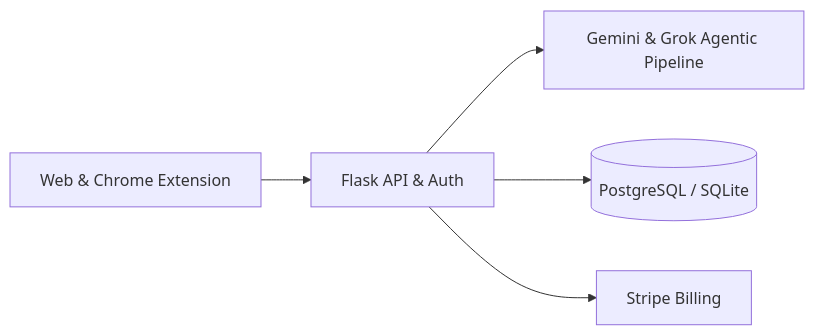
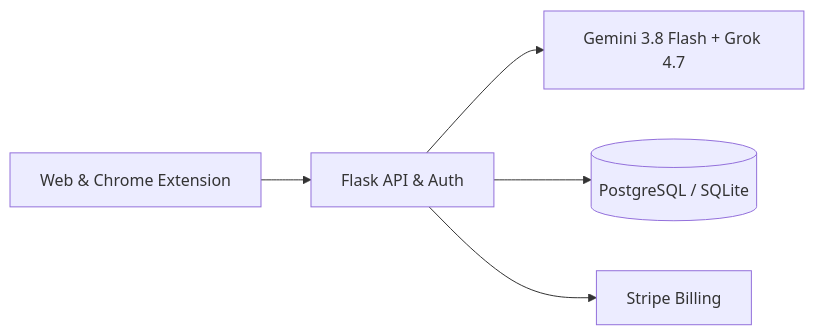
The diagram in README.md (defluff/satoricheck), drawn with Mermaid before and after one commit. The commit also changed other lines of this file and 5 other files, not shown here.

````diff
--- a/README.md
+++ b/README.md
@@ -60,7 +61,7 @@
 ```mermaid
 graph LR
     Client[Web & Chrome Extension] --> API[Flask API & Auth]
-    API --> AI[Gemini & Grok Agentic Pipeline]
+    API --> AI[Gemini 3.8 Flash + Grok 4.7]
     API --> DB[(PostgreSQL / SQLite)]
     API --> Stripe[Stripe Billing]
 ```
````
